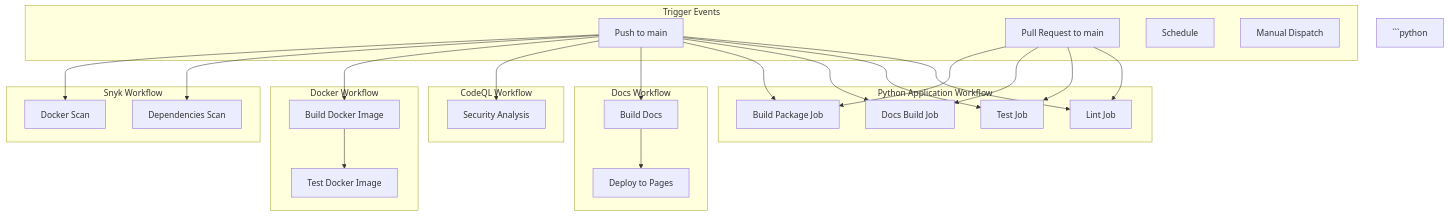
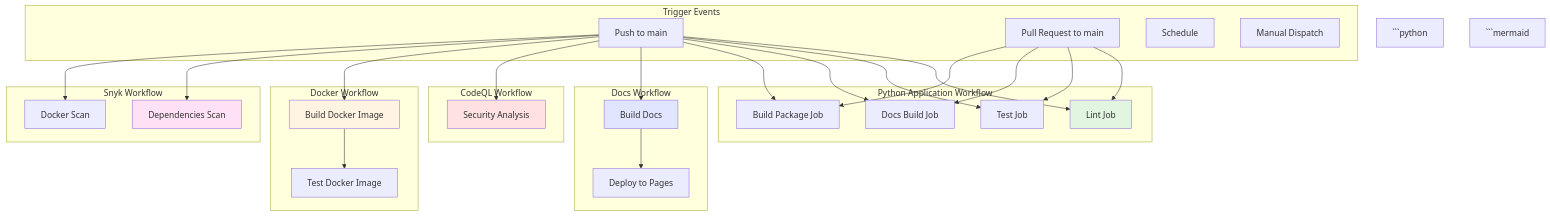
The first of 5 diagrams in docs/ci/CD.md (chipi/podcast_scraper), drawn with Mermaid before and after one commit. The commit also changed other lines of this file and 24 other files, not shown here.

````diff
--- a/docs/ci/CD.md
+++ b/docs/ci/CD.md
@@ -23,45 +23,51 @@
 ```mermaid
 graph TB
     subgraph "Trigger Events"
         T1[Push to main]
         T2[Pull Request to main]
         T3[Schedule]
         T4[Manual Dispatch]
     end
 
     subgraph "Python Application Workflow"
         P1[Lint Job]
         P2[Test Job]
         P3[Docs Build Job]
         P4[Build Package Job]
     end
 
     subgraph "Docs Workflow"
         D1[Build Docs]
         D2[Deploy to Pages]
     end
 
     subgraph "CodeQL Workflow"
         C1[Security Analysis]
     end
 
     subgraph "Docker Workflow"
         DOCK1[Build Docker Image]
         DOCK2[Test Docker Image]
     end
 
     subgraph "Snyk Workflow"
         SNYK1[Dependencies Scan]
         SNYK2[Docker Scan]
     end
 
 ```python
 
     T1 --> P1 & P2 & P3 & P4
     T2 --> P1 & P2 & P3 & P4
     T1 --> D1 --> D2
     T1 --> C1
     T1 --> DOCK1 --> DOCK2
     T1 --> SNYK1 & SNYK2
 
+```mermaid
+    style P1 fill:#e1f5e1
+    style D1 fill:#e1e5ff
+    style C1 fill:#ffe1e1
+    style DOCK1 fill:#fff4e1
+    style SNYK1 fill:#ffe1f5
 ```
````
